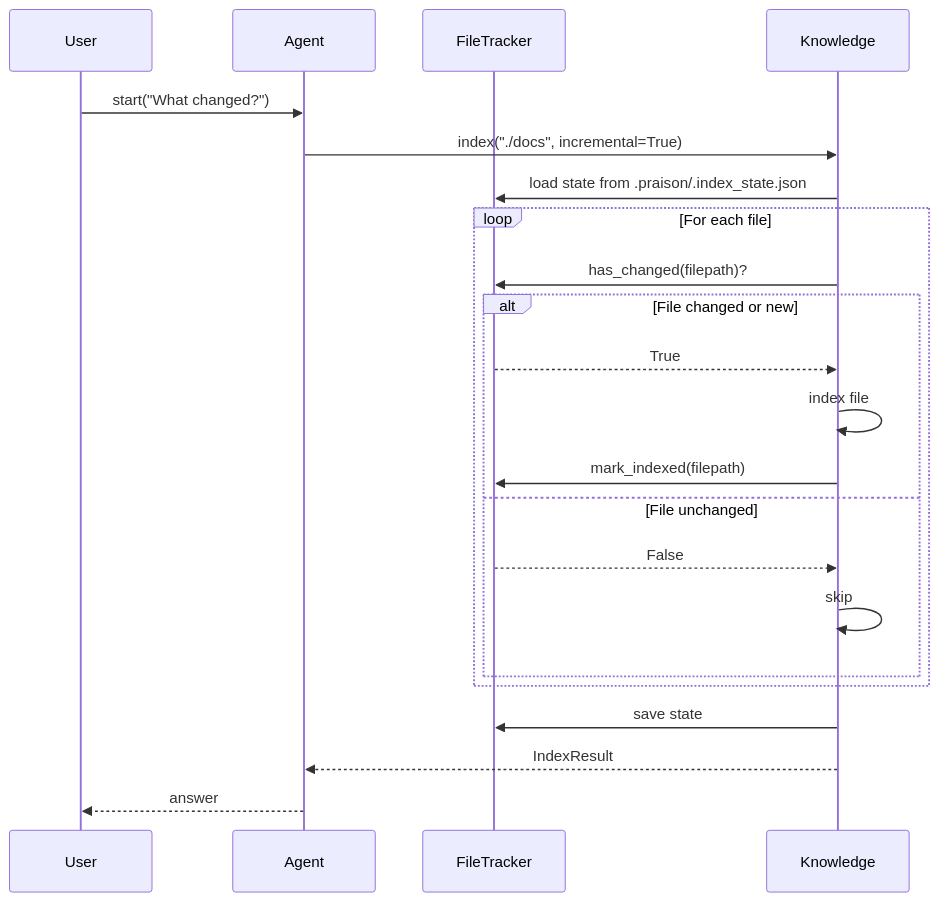
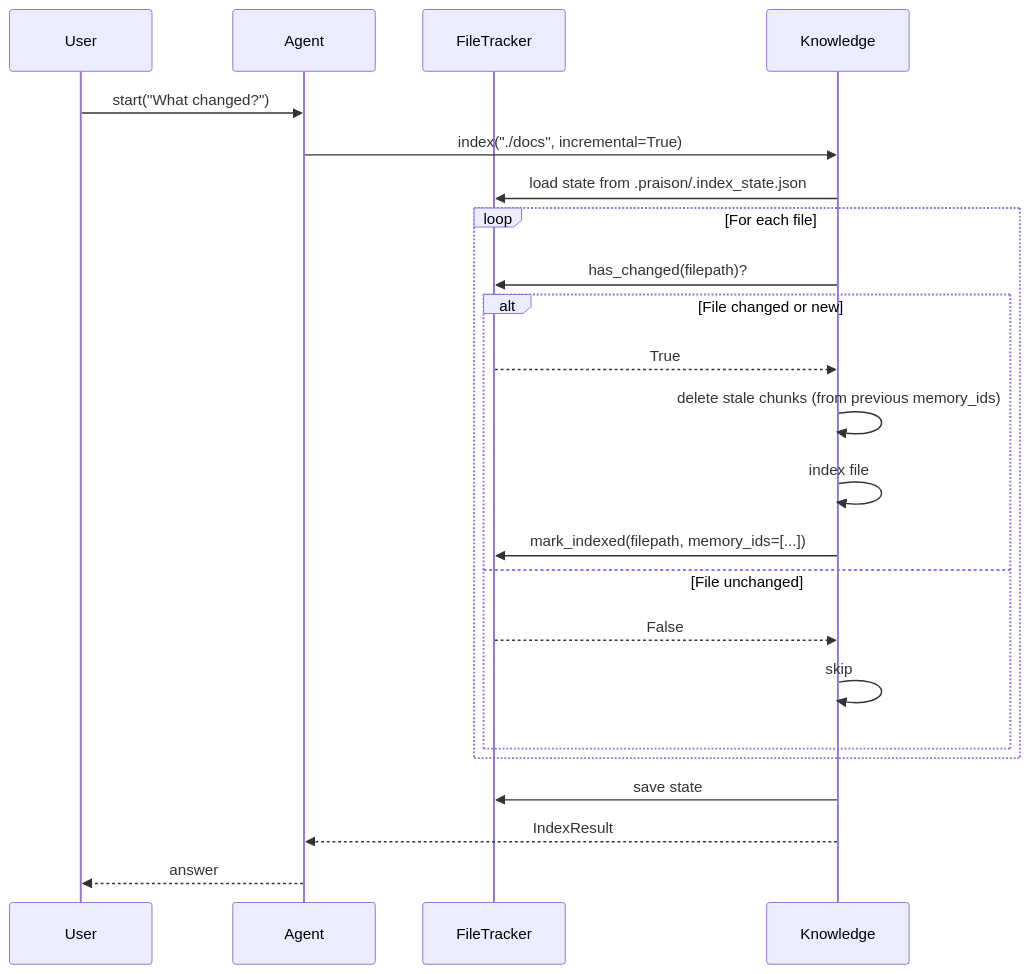
One commit to MervinPraison/PraisonAIDocs changed the second of 2 diagrams in docs/features/incremental-indexing.mdx. Above: the diagram before and after it, drawn with Mermaid. The commit also changed other lines of this file and 4 other files, not shown here.

````diff
--- a/docs/features/incremental-indexing.mdx
+++ b/docs/features/incremental-indexing.mdx
@@ -90,25 +90,26 @@
 ```mermaid
 sequenceDiagram
     participant User
     participant Agent
     participant FileTracker
     participant Knowledge
 
     User->>Agent: start("What changed?")
     Agent->>Knowledge: index("./docs", incremental=True)
     Knowledge->>FileTracker: load state from .praison/.index_state.json
     loop For each file
         Knowledge->>FileTracker: has_changed(filepath)?
         alt File changed or new
             FileTracker-->>Knowledge: True
+            Knowledge->>Knowledge: delete stale chunks (from previous memory_ids)
             Knowledge->>Knowledge: index file
-            Knowledge->>FileTracker: mark_indexed(filepath)
+            Knowledge->>FileTracker: mark_indexed(filepath, memory_ids=[...])
         else File unchanged
             FileTracker-->>Knowledge: False
             Knowledge->>Knowledge: skip
         end
     end
     Knowledge->>FileTracker: save state
     Knowledge-->>Agent: IndexResult
     Agent-->>User: answer
 ```
````
